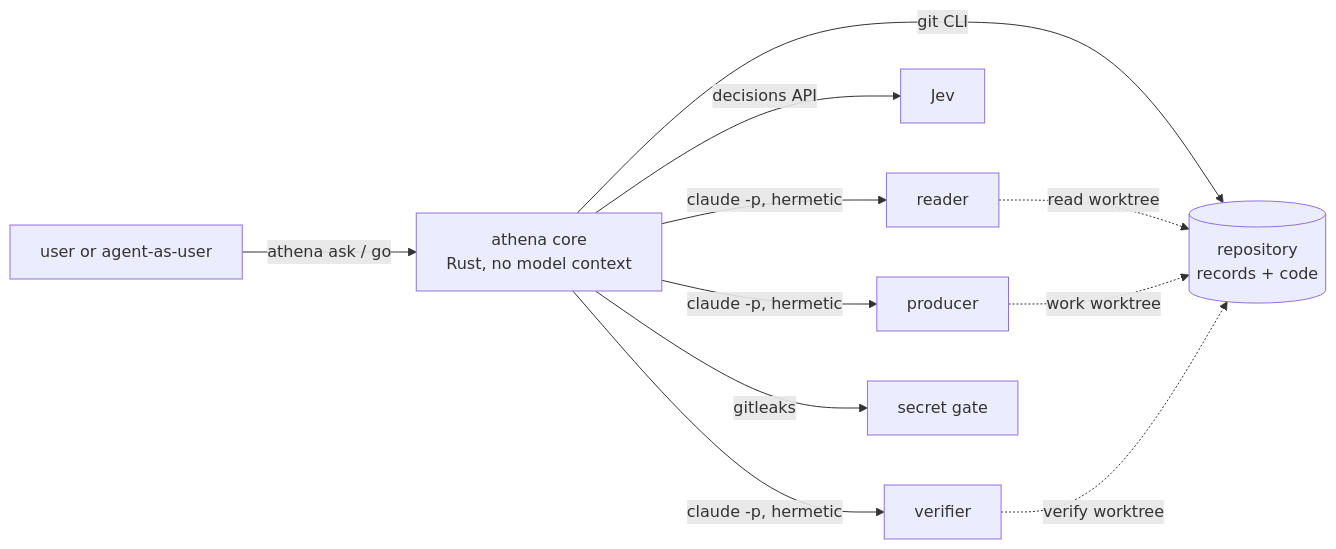
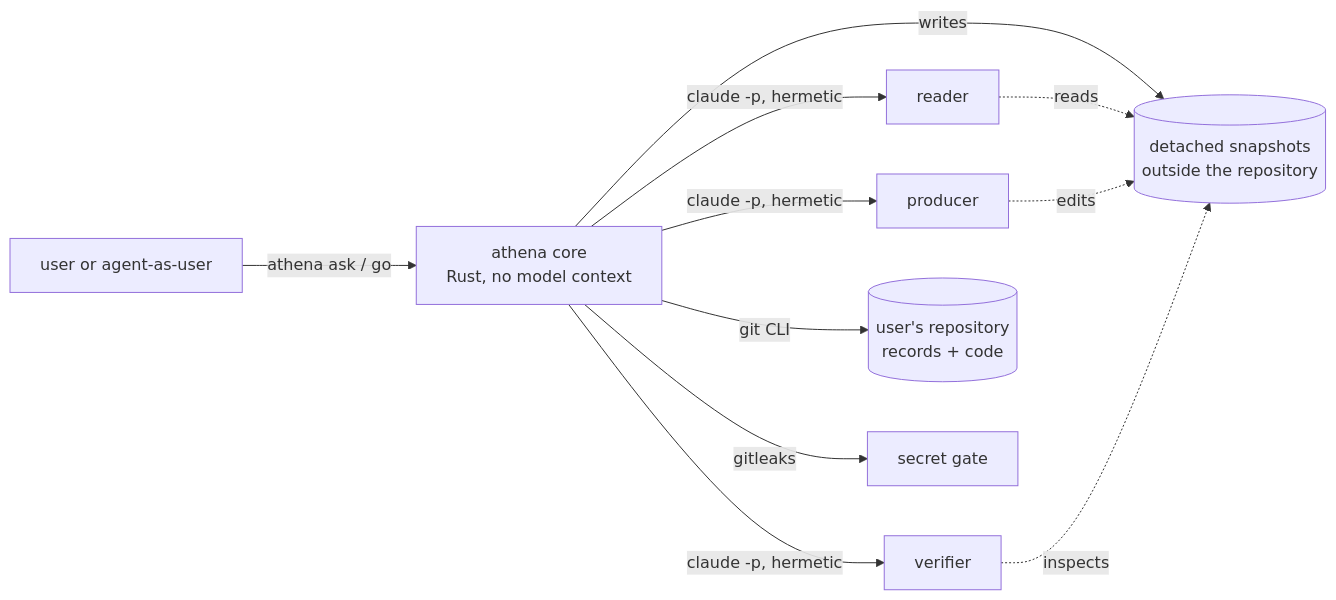
The first of 3 diagrams in docs/design/athena-v0.md (doodla/athena), drawn with Mermaid before and after one commit. The commit also changed other lines of this file and 1 other file, not shown here.

````diff
--- a/docs/design/athena-v0.md
+++ b/docs/design/athena-v0.md
@@ -138,13 +148,13 @@
 ```mermaid
 flowchart LR
   U[user or agent-as-user] -->|athena ask / go| C[athena core<br/>Rust, no model context]
   C -->|claude -p, hermetic| R[reader]
-  C -->|decisions API| J[Jev]
   C -->|claude -p, hermetic| P[producer]
   C -->|claude -p, hermetic| V[verifier]
-  C -->|git CLI| G[(repository<br/>records + code)]
+  C -->|git CLI| G[(user's repository<br/>records + code)]
   C -->|gitleaks| S[secret gate]
-  R -. read worktree .-> G
-  P -. work worktree .-> G
-  V -. verify worktree .-> G
+  C -->|writes| SN[(detached snapshots<br/>outside the repository)]
+  R -. reads .-> SN
+  P -. edits .-> SN
+  V -. inspects .-> SN
 ```
````
